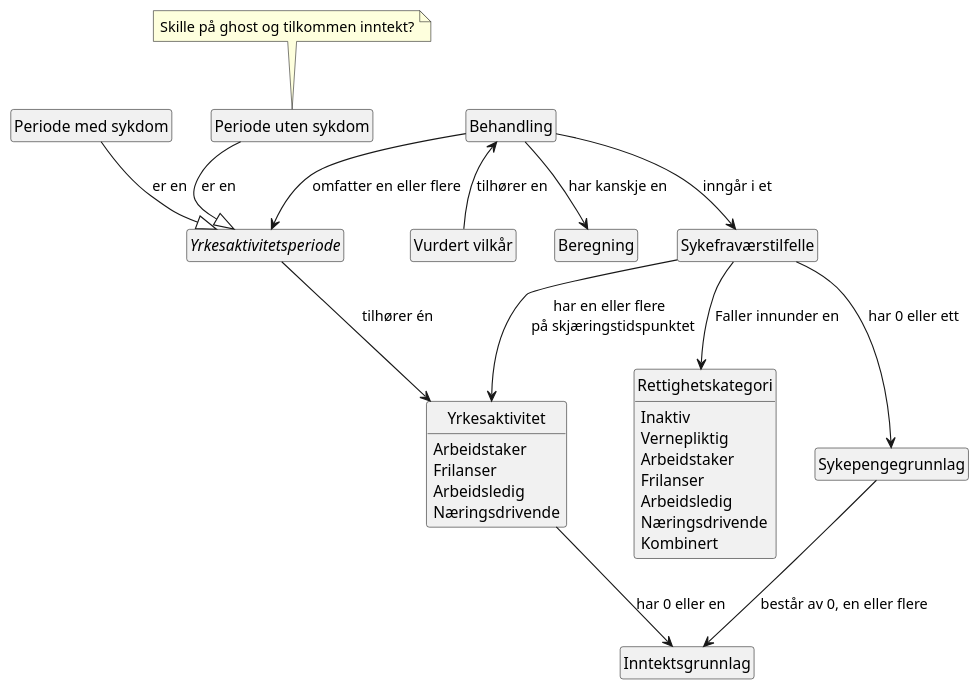
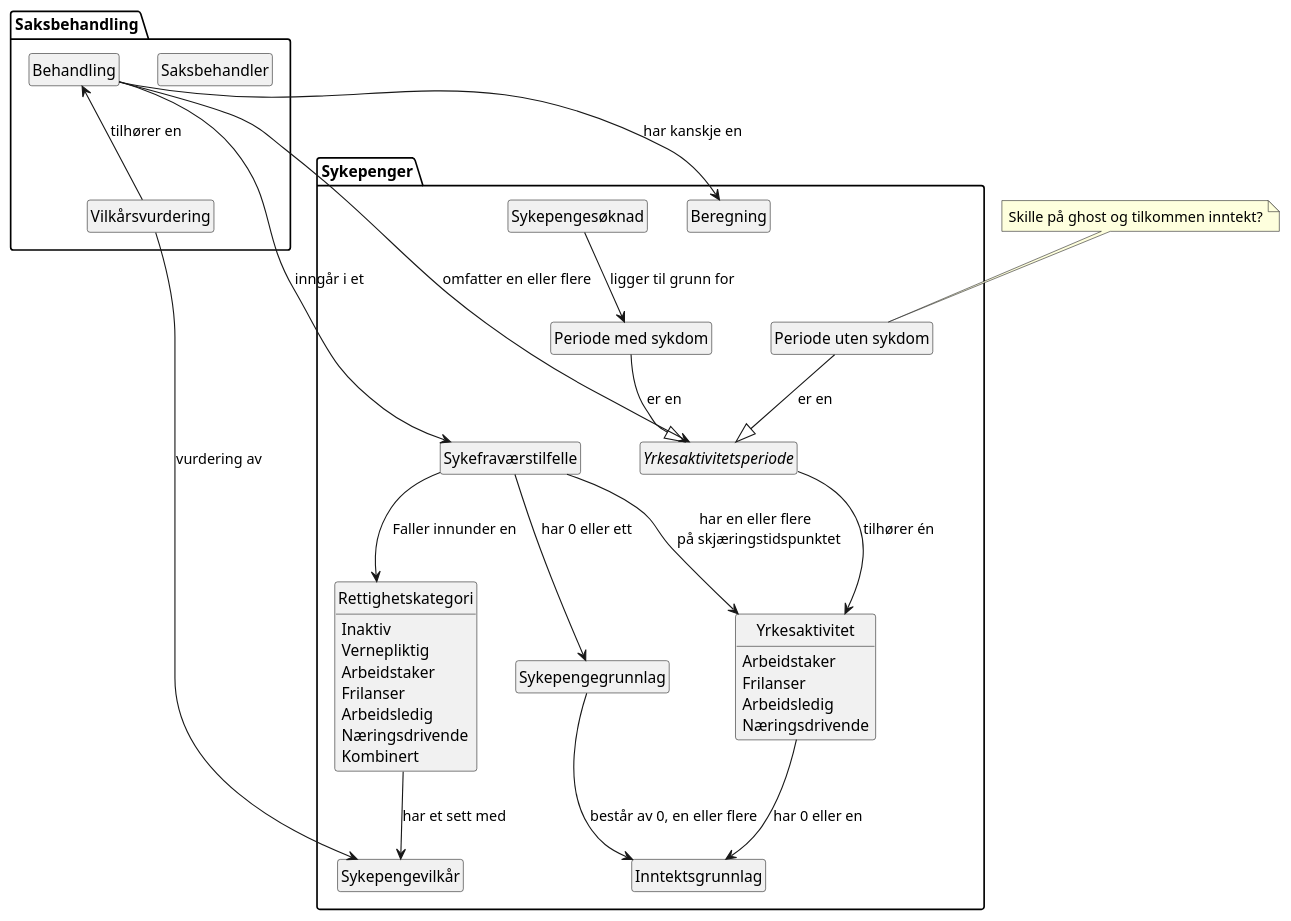
One commit to navikt/helse-bakrommet changed the diagram in docs/domenemodell.puml. Above: the diagram before and after it, drawn with PlantUML.

Commit message:
📝 Skill på saksbehandlingsdomene og sykepenger-domene i domenemodell

```diff
--- a/docs/domenemodell.puml
+++ b/docs/domenemodell.puml
@@ -1,59 +1,73 @@
 @startuml
 
-class Behandling
+package Sykepenger {
+    class Sykefraværstilfelle
 
-class Sykefraværstilfelle
+    class Sykepengegrunnlag
 
-class Sykepengegrunnlag
+    class Beregning
 
-class Beregning
+    interface Yrkesaktivitetsperiode
 
-interface Yrkesaktivitetsperiode
+    class Yrkesaktivitet {
+        Arbeidstaker
+        Frilanser
+        Arbeidsledig
+        Næringsdrivende
+    }
 
-class Yrkesaktivitet {
-    Arbeidstaker
-    Frilanser
-    Arbeidsledig
-    Næringsdrivende
+    class Rettighetskategori {
+        Inaktiv
+        Vernepliktig
+        Arbeidstaker
+        Frilanser
+        Arbeidsledig
+        Næringsdrivende
+        Kombinert
+    }
+
+    class Inntektsgrunnlag
+
+    class MedSykdom as "Periode med sykdom"
+
+    class UtenSykdom as "Periode uten sykdom"
+
+    class Sykepengevilkår
+
+    class Sykepengesøknad
 }
 
-class Rettighetskategori {
-    Inaktiv
-    Vernepliktig
-    Arbeidstaker
-    Frilanser
-    Arbeidsledig
-    Næringsdrivende
-    Kombinert
+package Saksbehandling {
+    class Saksbehandler
+
+    class Behandling
+
+    class Vilkårsvurdering
 }
 
-class Inntektsgrunnlag
-
-class MedSykdom as "Periode med sykdom"
-
-class UtenSykdom as "Periode uten sykdom"
-
-class VurdertVilkår as "Vurdert vilkår"
 
 Behandling --> Yrkesaktivitetsperiode: omfatter en eller flere
 Behandling --> Sykefraværstilfelle: inngår i et
 Sykefraværstilfelle --> Yrkesaktivitet: har en eller flere \n på skjæringstidspunktet
 Sykefraværstilfelle --> Sykepengegrunnlag: har 0 eller ett
 Sykepengegrunnlag --> Inntektsgrunnlag: består av 0, en eller flere
 Yrkesaktivitet --> Inntektsgrunnlag: har 0 eller en
 Sykefraværstilfelle --> Rettighetskategori: Faller innunder en
 
-Behandling <-- VurdertVilkår: tilhører en
+Behandling <-- Vilkårsvurdering: tilhører en
 Yrkesaktivitetsperiode --> Yrkesaktivitet: tilhører én
+Sykepengesøknad --> MedSykdom: ligger til grunn for
 MedSykdom --|> Yrkesaktivitetsperiode: er en
 UtenSykdom --|> Yrkesaktivitetsperiode: er en
 Behandling --> Beregning: har kanskje en
+Rettighetskategori --> Sykepengevilkår: har et sett med
+Vilkårsvurdering --> Sykepengevilkår: vurdering av
 
 note top of UtenSykdom
   Skille på ghost og tilkommen inntekt?
 end note
 
 hide empty members
 hide circle
 
 @enduml
```
